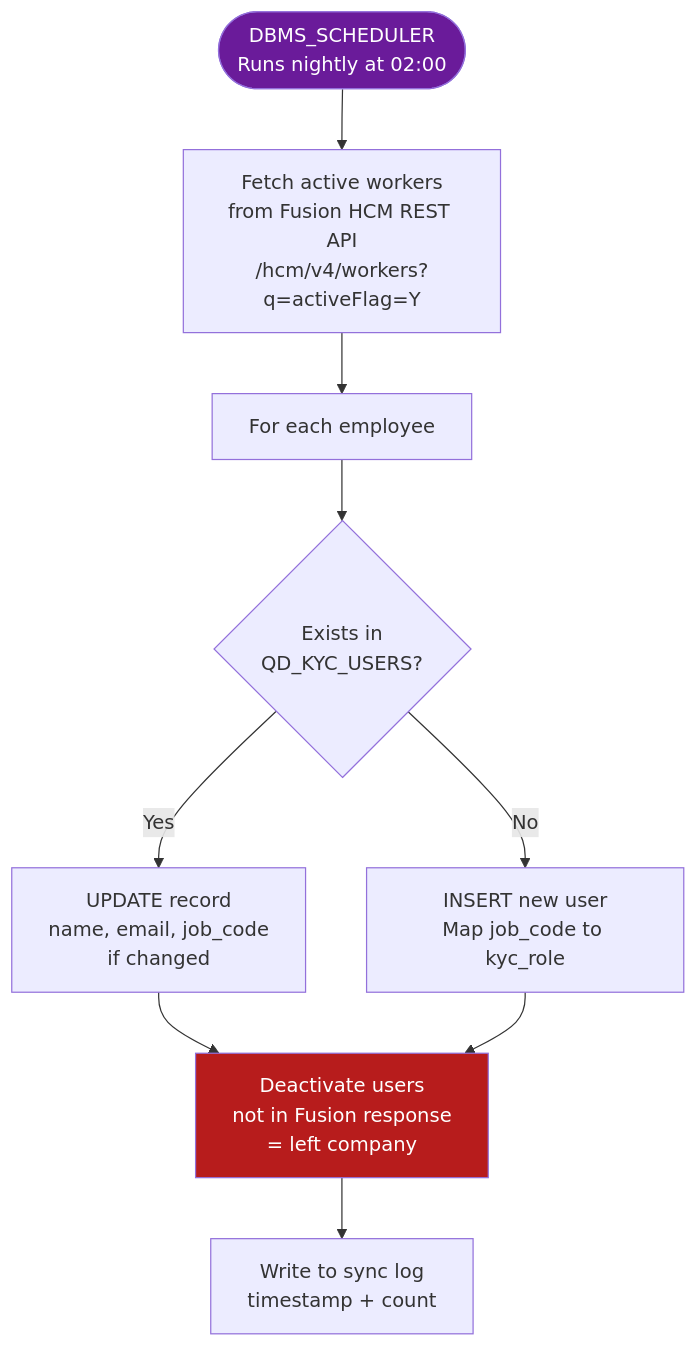
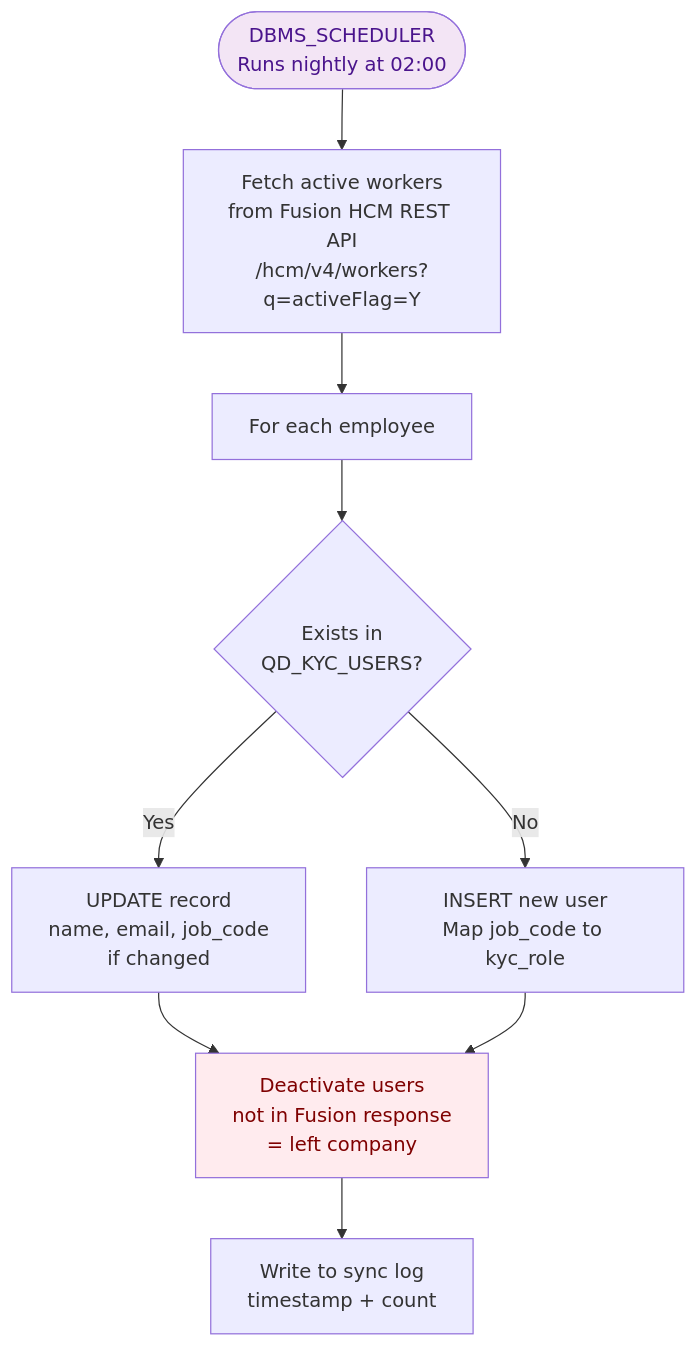
Before and after one commit to mazharr-hussain/KycReport: the third of 4 diagrams in docs/diagrams/apex-architecture.md, drawn with Mermaid. The commit also changed other lines of this file and 7 other files, not shown here.

First line of the commit message:
Switch all diagrams to light pastel palette with dark text

````diff
--- a/docs/diagrams/apex-architecture.md
+++ b/docs/diagrams/apex-architecture.md
@@ -100,22 +100,22 @@
 ```mermaid
 flowchart TD
     SCHED([DBMS_SCHEDULER\nRuns nightly at 02:00]) --> FETCH
 
     FETCH[Fetch active workers\nfrom Fusion HCM REST API\n/hcm/v4/workers?q=activeFlag=Y]
 
     FETCH --> LOOP[For each employee]
 
     LOOP --> EXISTS{Exists in\nQD_KYC_USERS?}
 
     EXISTS -->|Yes| UPDATE[UPDATE record\nname, email, job_code\nif changed]
     EXISTS -->|No| INSERT[INSERT new user\nMap job_code to kyc_role]
 
     UPDATE & INSERT --> DEACT
 
     DEACT[Deactivate users\nnot in Fusion response\n= left company]
 
     DEACT --> LOG[Write to sync log\ntimestamp + count]
 
-    style SCHED fill:#6A1B9A,color:#fff
-    style DEACT fill:#B71C1C,color:#fff
+    style SCHED fill:#F3E5F5,color:#4A148C
+    style DEACT fill:#FFEBEE,color:#7F0000
 ```
````
